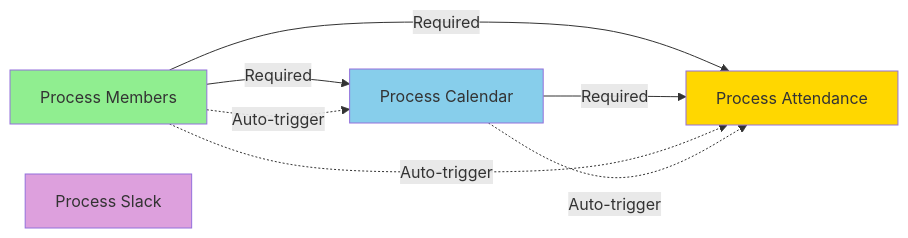
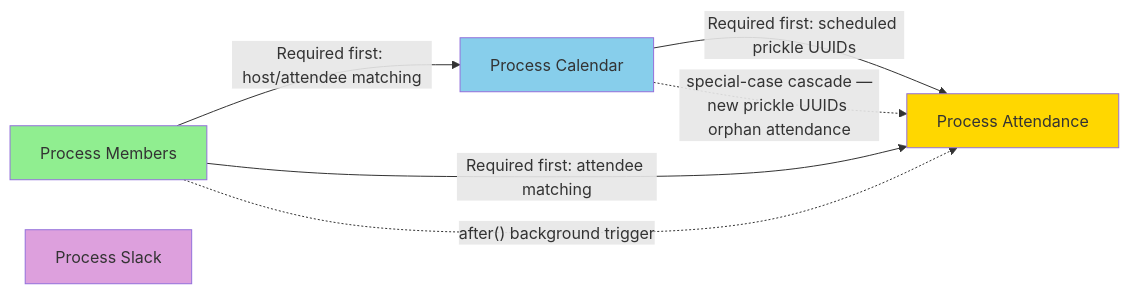
Before and after one commit to quillandcup/hub: the second of 2 diagrams in docs/MEDALLION_ARCHITECTURE.md, drawn with Mermaid. The commit also changed other lines of this file and 2 other files, not shown here.

First line of the commit message:
Add ERD and integration sequence diagrams, update medallion architecture docs

````diff
--- a/docs/MEDALLION_ARCHITECTURE.md
+++ b/docs/MEDALLION_ARCHITECTURE.md
@@ -205,20 +205,19 @@
 ```mermaid
 graph LR
     Members[Process Members]
     Calendar[Process Calendar]
     Attendance[Process Attendance]
     Slack[Process Slack]
-    
-    Members -->|Required| Calendar
-    Members -->|Required| Attendance
-    Calendar -->|Required| Attendance
-    
-    Members -.->|Auto-trigger| Calendar
-    Members -.->|Auto-trigger| Attendance
-    Calendar -.->|Auto-trigger| Attendance
-    
+
+    Members -->|Required first: host/attendee matching| Calendar
+    Members -->|Required first: attendee matching| Attendance
+    Calendar -->|Required first: scheduled prickle UUIDs| Attendance
+
+    Members -.->|"after() background trigger"| Attendance
+    Calendar -.->|special-case cascade —<br/>new prickle UUIDs orphan attendance| Attendance
+
     style Members fill:#90EE90
     style Calendar fill:#87CEEB
     style Attendance fill:#FFD700
     style Slack fill:#DDA0DD
 ```
````
